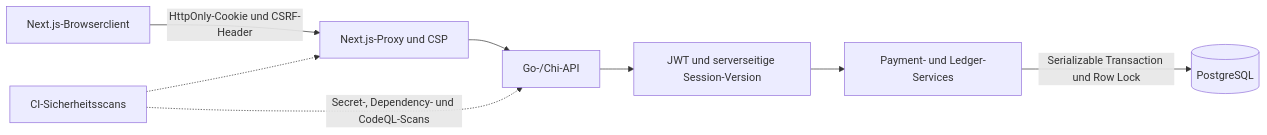
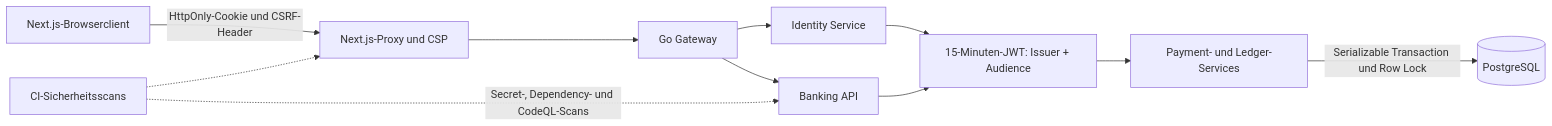
The diagram in CYBER_SECURITY_DE.md (mustafa-oezdemir/banking_go), drawn with Mermaid before and after one commit. The commit also changed other lines of this file and 45 other files, not shown here.

Commit message:
phase-5-7: extract identity and add gateway observability

````diff
--- a/CYBER_SECURITY_DE.md
+++ b/CYBER_SECURITY_DE.md
@@ -22,18 +22,23 @@
 ```mermaid
 flowchart LR
     Browser["Next.js-Browserclient"]
     Proxy["Next.js-Proxy und CSP"]
-    API["Go-/Chi-API"]
-    Auth["JWT und serverseitige Session-Version"]
+    Gateway["Go Gateway"]
+    Identity["Identity Service"]
+    API["Banking API"]
+    Auth["15-Minuten-JWT: Issuer + Audience"]
     Service["Payment- und Ledger-Services"]
     DB[("PostgreSQL")]
     CI["CI-Sicherheitsscans"]
 
     Browser -->|"HttpOnly-Cookie und CSRF-Header"| Proxy
-    Proxy --> API
+    Proxy --> Gateway
+    Gateway --> Identity
+    Gateway --> API
+    Identity --> Auth
     API --> Auth
     Auth --> Service
     Service -->|"Serializable Transaction und Row Lock"| DB
     CI -. "Secret-, Dependency- und CodeQL-Scans" .-> API
     CI -.-> Proxy
 ```
````
